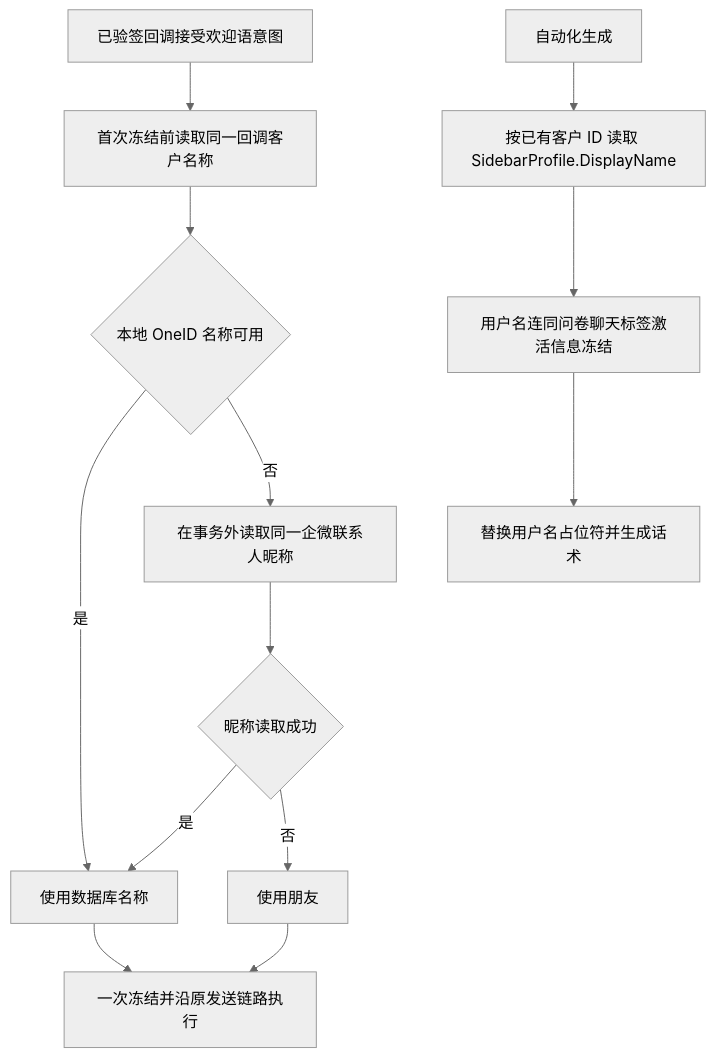
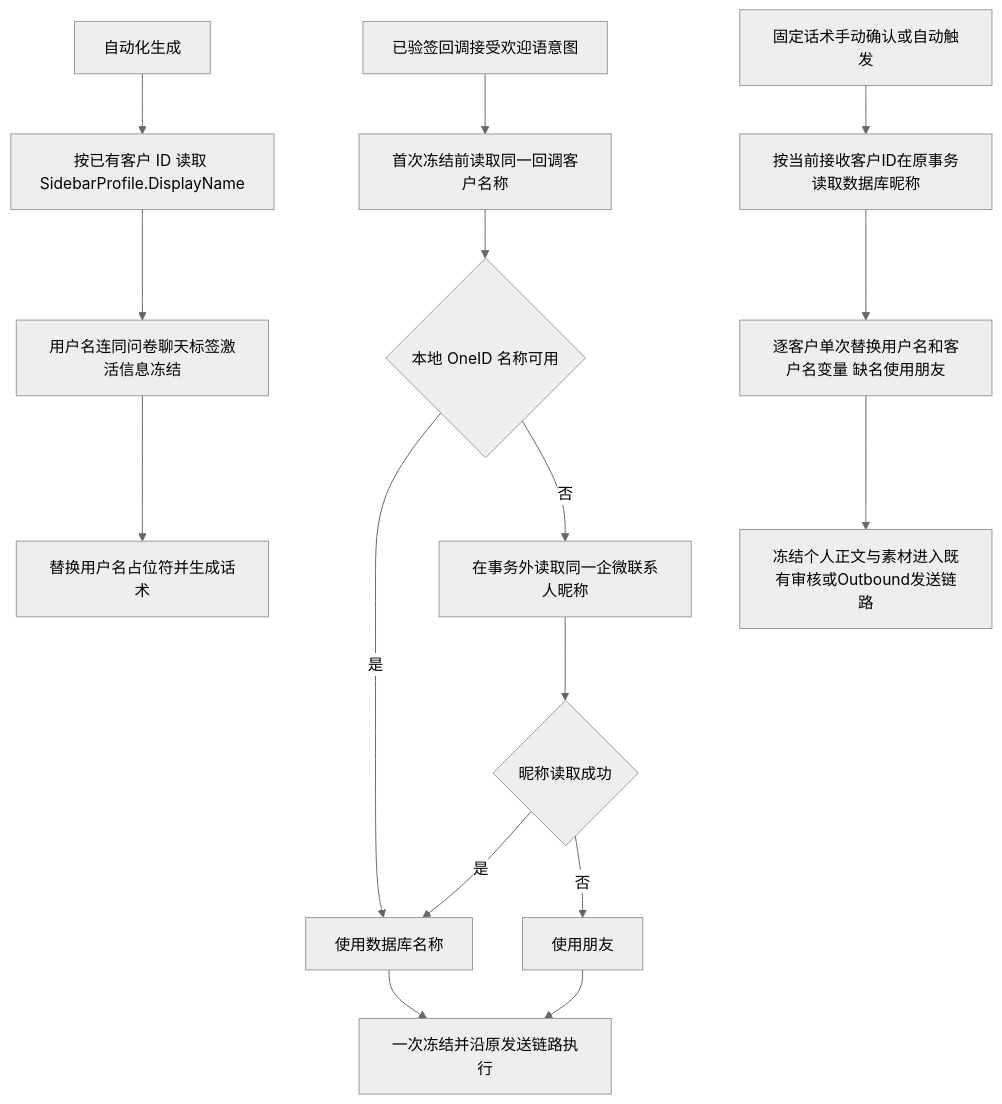
One commit to qianlan33333-png/AI-CRM-v4 changed the diagram in docs/prd/2026-10-05-customer-name-personalization.md. Above: the diagram before and after it, drawn with Mermaid (neutral theme). The commit also changed other lines of this file and 11 other files, not shown here.

````diff
--- a/docs/prd/2026-10-05-customer-name-personalization.md
+++ b/docs/prd/2026-10-05-customer-name-personalization.md
@@ -9,15 +9,18 @@
 ```mermaid
 flowchart TD
  A[已验签回调接受欢迎语意图] --> B[首次冻结前读取同一回调客户名称]
  B --> C{本地 OneID 名称可用}
  C -->|是| D[使用数据库名称]
  C -->|否| E[在事务外读取同一企微联系人昵称]
  E --> F{昵称读取成功}
  F -->|是| D
  F -->|否| G[使用朋友]
  D --> H[一次冻结并沿原发送链路执行]
  G --> H
  I[自动化生成] --> J[按已有客户 ID 读取 SidebarProfile.DisplayName]
  J --> K[用户名连同问卷聊天标签激活信息冻结]
  K --> L[替换用户名占位符并生成话术]
+ M[固定话术手动确认或自动触发] --> N[按当前接收客户ID在原事务读取数据库昵称]
+ N --> O[逐客户单次替换用户名和客户名变量 缺名使用朋友]
+ O --> P[冻结个人正文与素材进入既有审核或Outbound发送链路]
 ```
````
